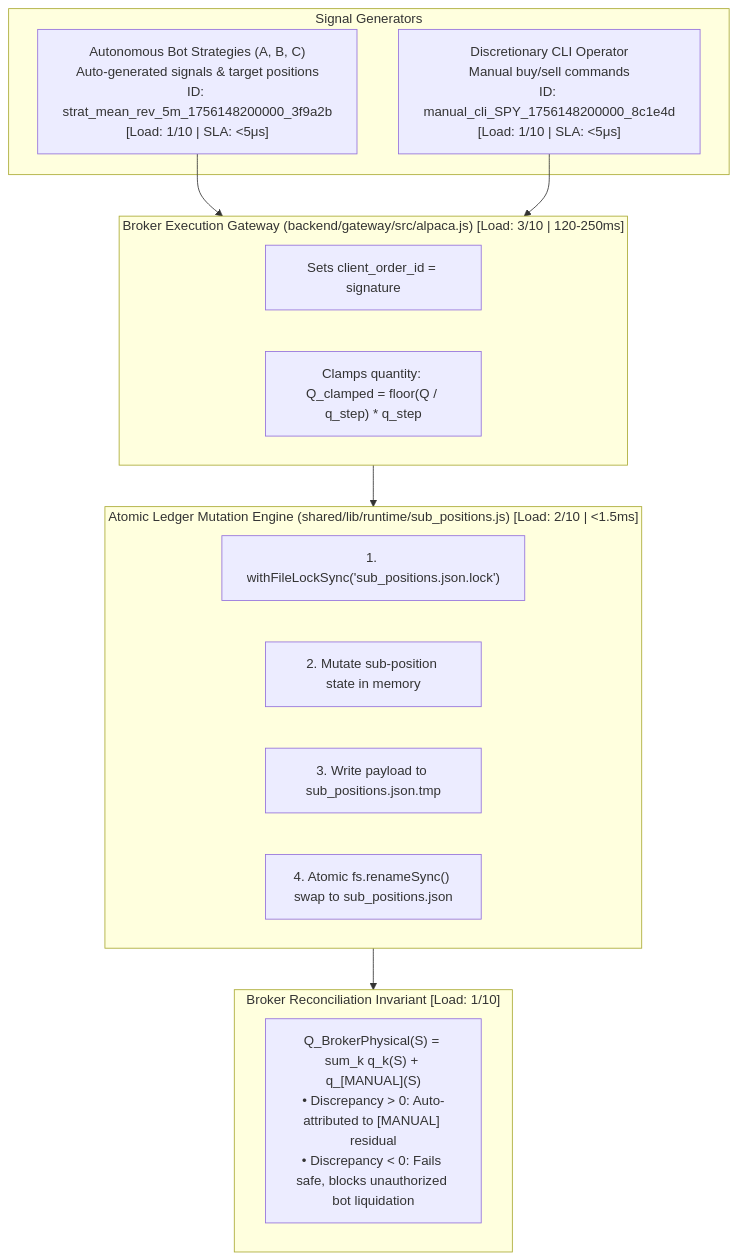
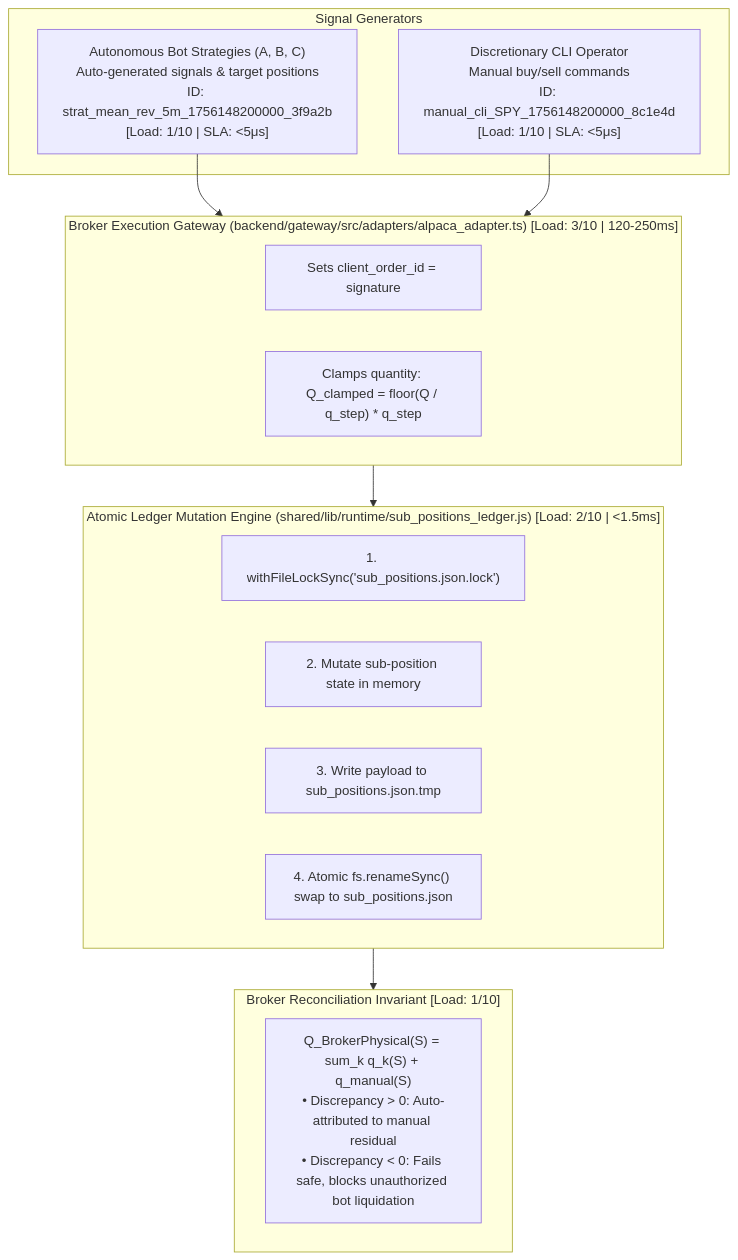
Before and after one commit to vgbn2/personal_finance_draft: the first of 4 diagrams in docs/engineering/architecture/05_EXECUTION_SUB_POSITIONS_AND_RISK.md, drawn with Mermaid. The commit also changed other lines of this file and 27 other files, not shown here.

First line of the commit message:
docs(architecture): configure MkDocs Material, GitHub Pages CI, and strict documentation gate

````diff
--- a/docs/engineering/architecture/05_EXECUTION_SUB_POSITIONS_AND_RISK.md
+++ b/docs/engineering/architecture/05_EXECUTION_SUB_POSITIONS_AND_RISK.md
@@ -13,28 +13,28 @@
 ```mermaid
 flowchart TD
     subgraph Senders["Signal Generators"]
         BOTS["Autonomous Bot Strategies (A, B, C)<br/>Auto-generated signals & target positions<br/>ID: strat_mean_rev_5m_1756148200000_3f9a2b<br/>[Load: 1/10 | SLA: <5μs]"]
         CLI["Discretionary CLI Operator<br/>Manual buy/sell commands<br/>ID: manual_cli_SPY_1756148200000_8c1e4d<br/>[Load: 1/10 | SLA: <5μs]"]
     end
 
-    subgraph Broker["Broker Execution Gateway (backend/gateway/src/alpaca.js) [Load: 3/10 | 120-250ms]"]
+    subgraph Broker["Broker Execution Gateway (backend/gateway/src/adapters/alpaca_adapter.ts) [Load: 3/10 | 120-250ms]"]
         B1["Sets client_order_id = signature"]
         B2["Clamps quantity: Q_clamped = floor(Q / q_step) * q_step"]
     end
 
-    subgraph Ledger["Atomic Ledger Mutation Engine (shared/lib/runtime/sub_positions.js) [Load: 2/10 | <1.5ms]"]
+    subgraph Ledger["Atomic Ledger Mutation Engine (shared/lib/runtime/sub_positions_ledger.js) [Load: 2/10 | <1.5ms]"]
         L1["1. withFileLockSync('sub_positions.json.lock')"]
         L2["2. Mutate sub-position state in memory"]
         L3["3. Write payload to sub_positions.json.tmp"]
         L4["4. Atomic fs.renameSync() swap to sub_positions.json"]
     end
 
     subgraph Invariant["Broker Reconciliation Invariant [Load: 1/10]"]
-        INV["Q_BrokerPhysical(S) = sum_k q_k(S) + q_[MANUAL](S)<br/>• Discrepancy > 0: Auto-attributed to [MANUAL] residual<br/>• Discrepancy < 0: Fails safe, blocks unauthorized bot liquidation"]
+        INV["Q_BrokerPhysical(S) = sum_k q_k(S) + q_manual(S)<br/>• Discrepancy > 0: Auto-attributed to manual residual<br/>• Discrepancy < 0: Fails safe, blocks unauthorized bot liquidation"]
     end
 
     BOTS --> Broker
     CLI --> Broker
     Broker --> Ledger
     Ledger --> Invariant
 ```
````
